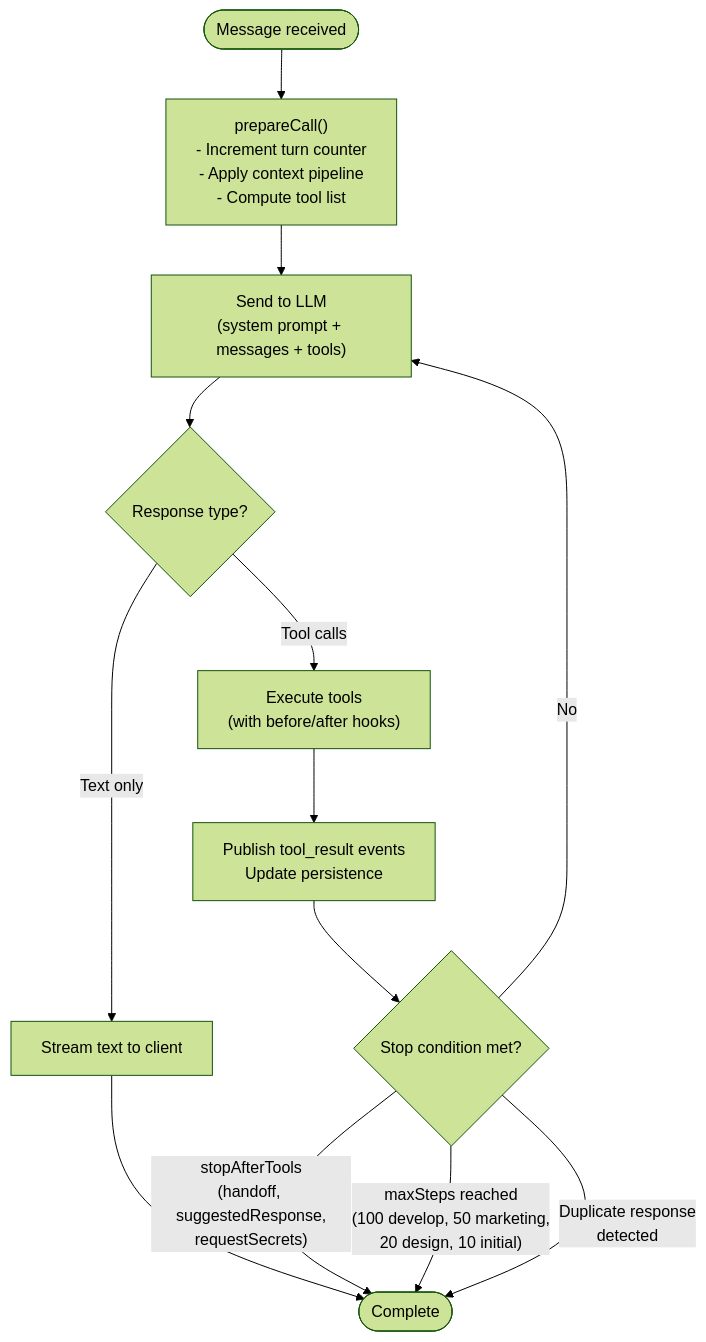
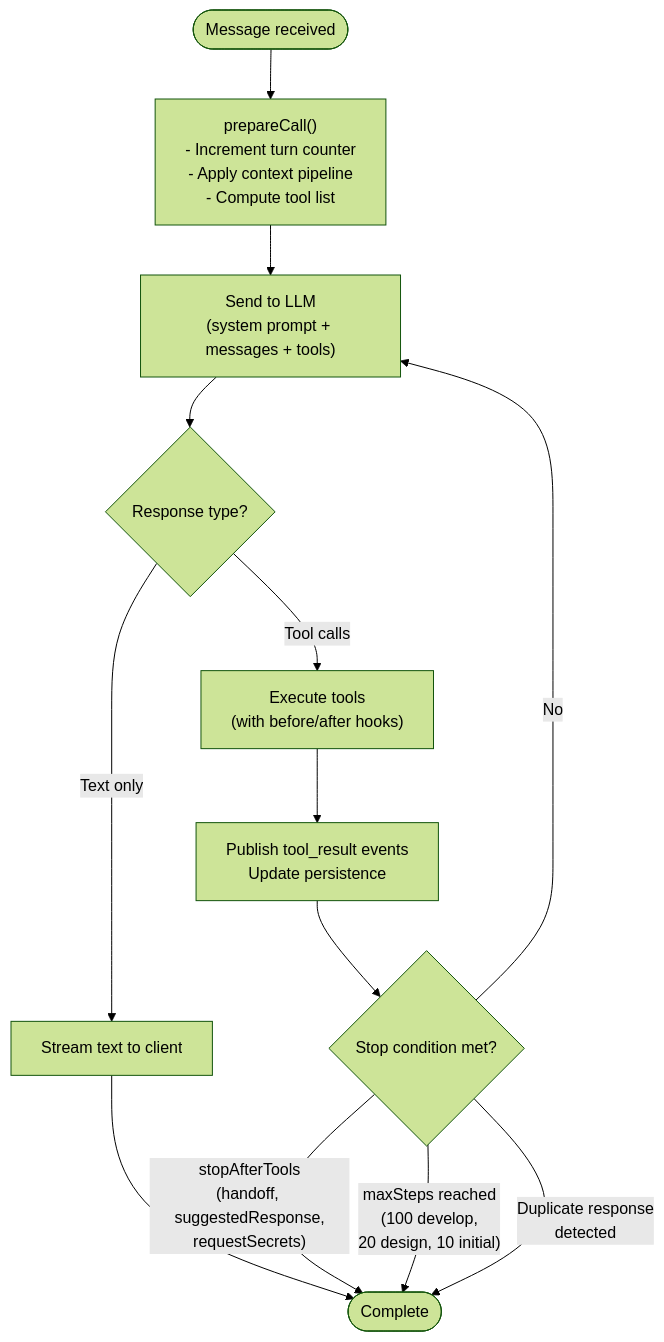
The fifth of 9 diagrams in docs/ai-system-architecture.md (hsharif-godaddy/hackathon2026), drawn with Mermaid (forest theme) before and after one commit. The commit also changed other lines of this file and 45 other files, not shown here.

First line of the commit message:
feat(agents): deprecate the marketing agent and migrate marketing skills to develop agent (RUBICON-515) (#5655)

````diff
--- a/docs/ai-system-architecture.md
+++ b/docs/ai-system-architecture.md
@@ -167,19 +166,19 @@
 ```mermaid
 flowchart TD
     Start([Message received]) --> Prepare["prepareCall()<br/>- Increment turn counter<br/>- Apply context pipeline<br/>- Compute tool list"]
     Prepare --> Send["Send to LLM<br/>(system prompt + messages + tools)"]
     Send --> Response{Response type?}
 
     Response -->|Text only| Stream["Stream text to client"]
     Response -->|Tool calls| ExecTools["Execute tools<br/>(with before/after hooks)"]
 
     ExecTools --> PublishResult["Publish tool_result events<br/>Update persistence"]
     PublishResult --> StopCheck{Stop condition met?}
 
     StopCheck -->|"stopAfterTools<br/>(handoff, suggestedResponse,<br/>requestSecrets)"| Done
-    StopCheck -->|"maxSteps reached<br/>(100 develop, 50 marketing,<br/>20 design, 10 initial)"| Done
+    StopCheck -->|"maxSteps reached<br/>(100 develop,<br/>20 design, 10 initial)"| Done
     StopCheck -->|"Duplicate response<br/>detected"| Done
     StopCheck -->|No| Send
 
     Stream --> Done([Complete])
 ```
````
